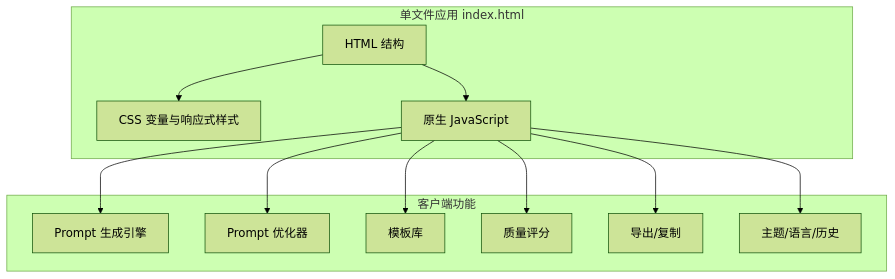
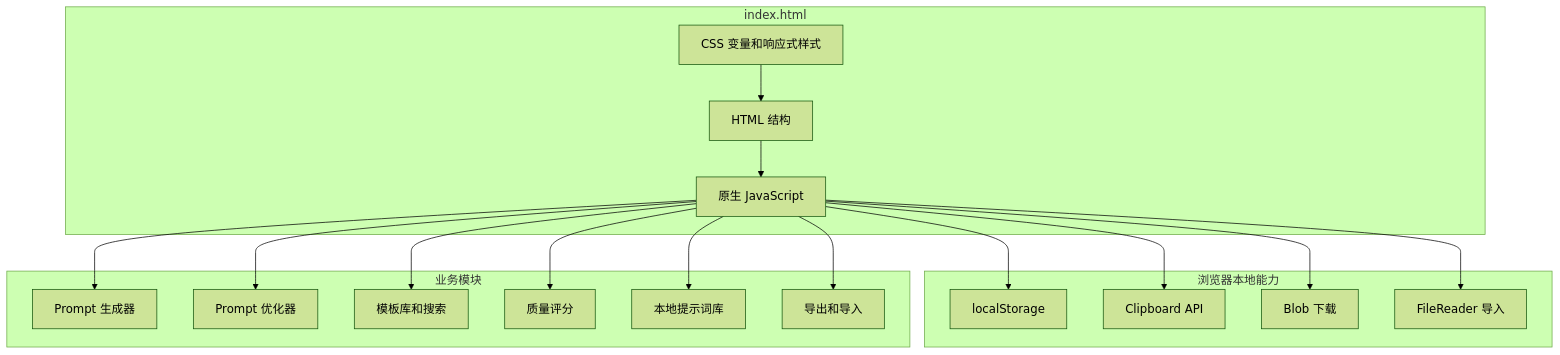
One commit to pkokwho/tsc changed the diagram in .trae/documents/AI提示词生成器-技术架构.md. Above: the diagram before and after it, drawn with Mermaid (forest theme). The commit also changed other lines of this file and 6 other files, not shown here.

Commit message:
feat: add local prompt vault

````diff
--- a/.trae/documents/AI提示词生成器-技术架构.md
+++ b/.trae/documents/AI提示词生成器-技术架构.md
@@ -3,24 +13,34 @@
 ```mermaid
 graph TB
-    subgraph "单文件应用 index.html"
+    subgraph "index.html"
         A["HTML 结构"]
-        B["CSS 变量与响应式样式"]
+        B["CSS 变量和响应式样式"]
         C["原生 JavaScript"]
     end
-    subgraph "客户端功能"
-        D["Prompt 生成引擎"]
-        E["Prompt 优化器"]
-        F["模板库"]
-        G["质量评分"]
-        H["导出/复制"]
-        I["主题/语言/历史"]
+    subgraph "浏览器本地能力"
+        D["localStorage"]
+        E["Clipboard API"]
+        F["Blob 下载"]
+        G["FileReader 导入"]
     end
-    A --> B
+    subgraph "业务模块"
+        H["Prompt 生成器"]
+        I["Prompt 优化器"]
+        J["模板库和搜索"]
+        K["质量评分"]
+        L["本地提示词库"]
+        M["导出和导入"]
+    end
     A --> C
+    B --> A
+    C --> H
+    C --> I
+    C --> J
+    C --> K
+    C --> L
+    C --> M
     C --> D
     C --> E
     C --> F
     C --> G
-    C --> H
-    C --> I
 ```
````
